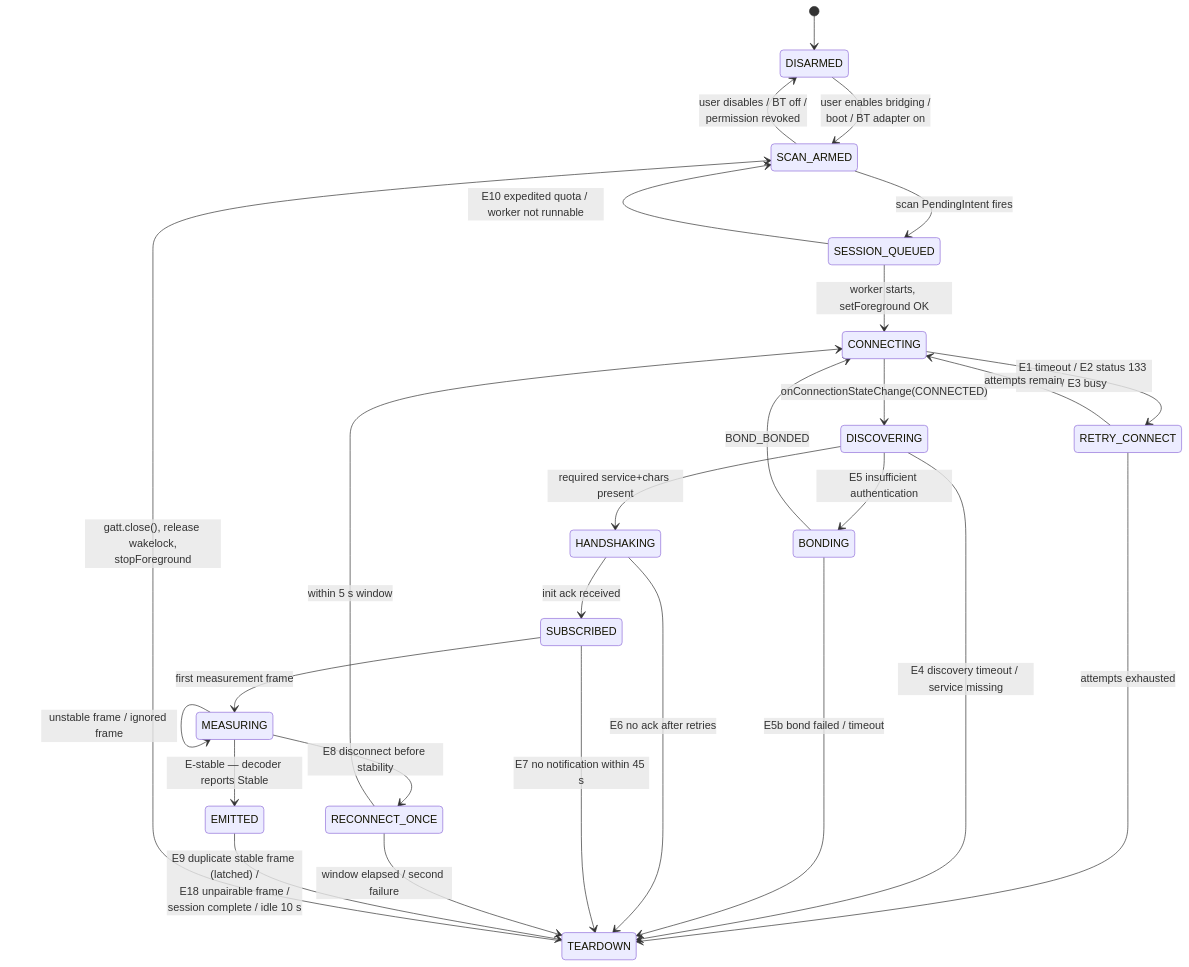
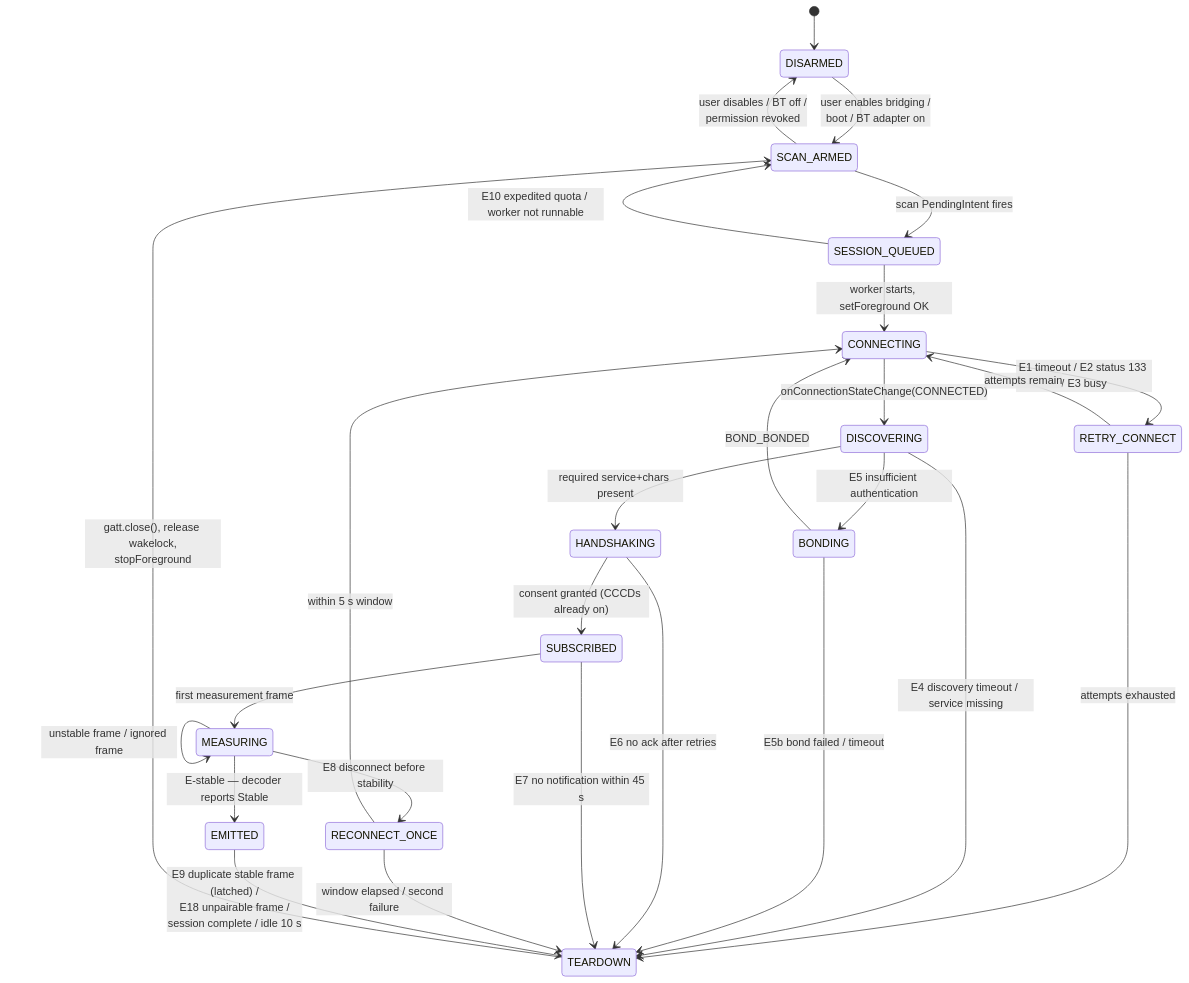
One commit to bearyjd/bascule changed the second of 3 diagrams in docs/prp/00-design.md. Above: the diagram before and after it, drawn with Mermaid. The commit also changed other lines of this file and 8 other files, not shown here.

````diff
--- a/docs/prp/00-design.md
+++ b/docs/prp/00-design.md
@@ -145,29 +146,29 @@
 ```mermaid
 stateDiagram-v2
     [*] --> DISARMED
     DISARMED --> SCAN_ARMED: user enables bridging /<br/>boot / BT adapter on
     SCAN_ARMED --> DISARMED: user disables / BT off /<br/>permission revoked
     SCAN_ARMED --> SESSION_QUEUED: scan PendingIntent fires
     SESSION_QUEUED --> CONNECTING: worker starts, setForeground OK
     SESSION_QUEUED --> SCAN_ARMED: E10 expedited quota / worker not runnable
     CONNECTING --> DISCOVERING: onConnectionStateChange(CONNECTED)
     CONNECTING --> RETRY_CONNECT: E1 timeout / E2 status 133 / E3 busy
     RETRY_CONNECT --> CONNECTING: attempts remain
     RETRY_CONNECT --> TEARDOWN: attempts exhausted
     DISCOVERING --> HANDSHAKING: required service+chars present
     DISCOVERING --> TEARDOWN: E4 discovery timeout / service missing
     DISCOVERING --> BONDING: E5 insufficient authentication
     BONDING --> CONNECTING: BOND_BONDED
     BONDING --> TEARDOWN: E5b bond failed / timeout
-    HANDSHAKING --> SUBSCRIBED: init ack received
+    HANDSHAKING --> SUBSCRIBED: consent granted (CCCDs already on)
     HANDSHAKING --> TEARDOWN: E6 no ack after retries
     SUBSCRIBED --> MEASURING: first measurement frame
     SUBSCRIBED --> TEARDOWN: E7 no notification within 45 s
     MEASURING --> MEASURING: unstable frame / ignored frame
     MEASURING --> EMITTED: E-stable — decoder reports Stable
     MEASURING --> RECONNECT_ONCE: E8 disconnect before stability
     RECONNECT_ONCE --> CONNECTING: within 5 s window
     RECONNECT_ONCE --> TEARDOWN: window elapsed / second failure
     EMITTED --> TEARDOWN: E9 duplicate stable frame (latched) /<br/>E18 unpairable frame /<br/>session complete / idle 10 s
     TEARDOWN --> SCAN_ARMED: gatt.close(), release wakelock,<br/>stopForeground
 ```
````
